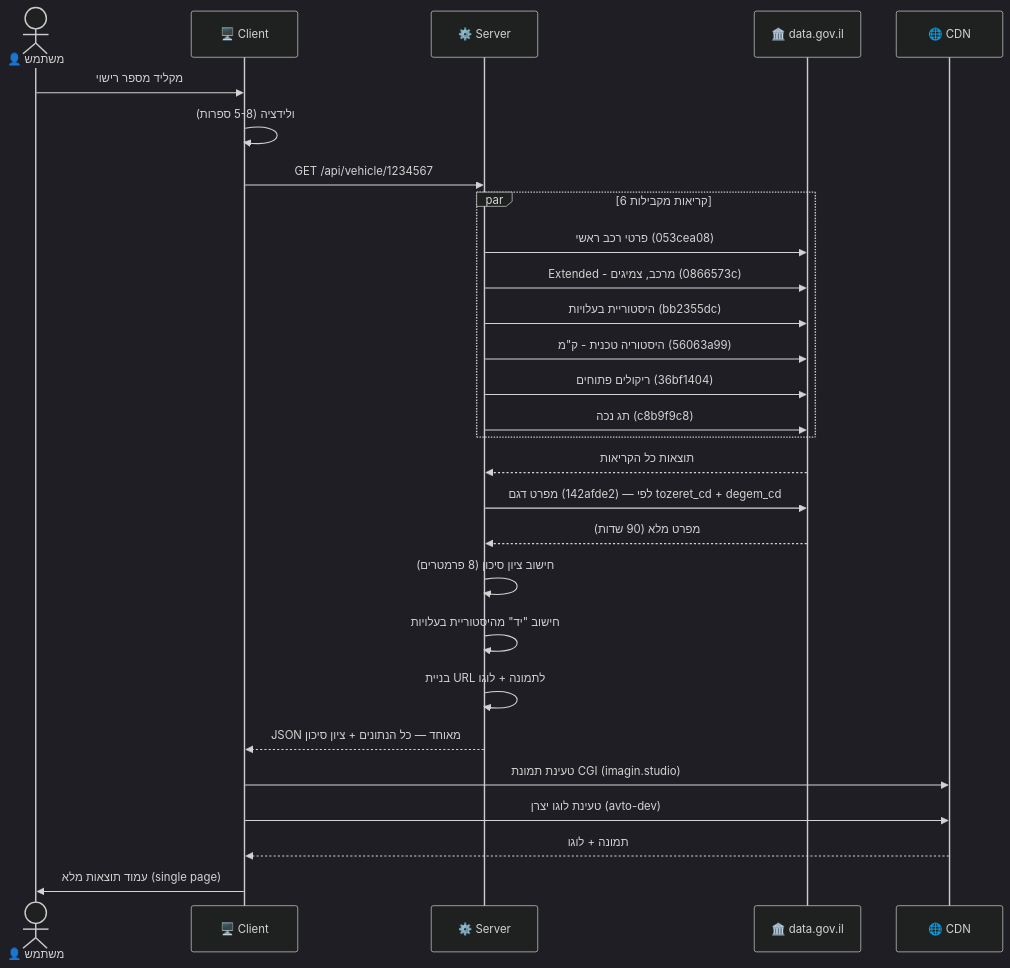
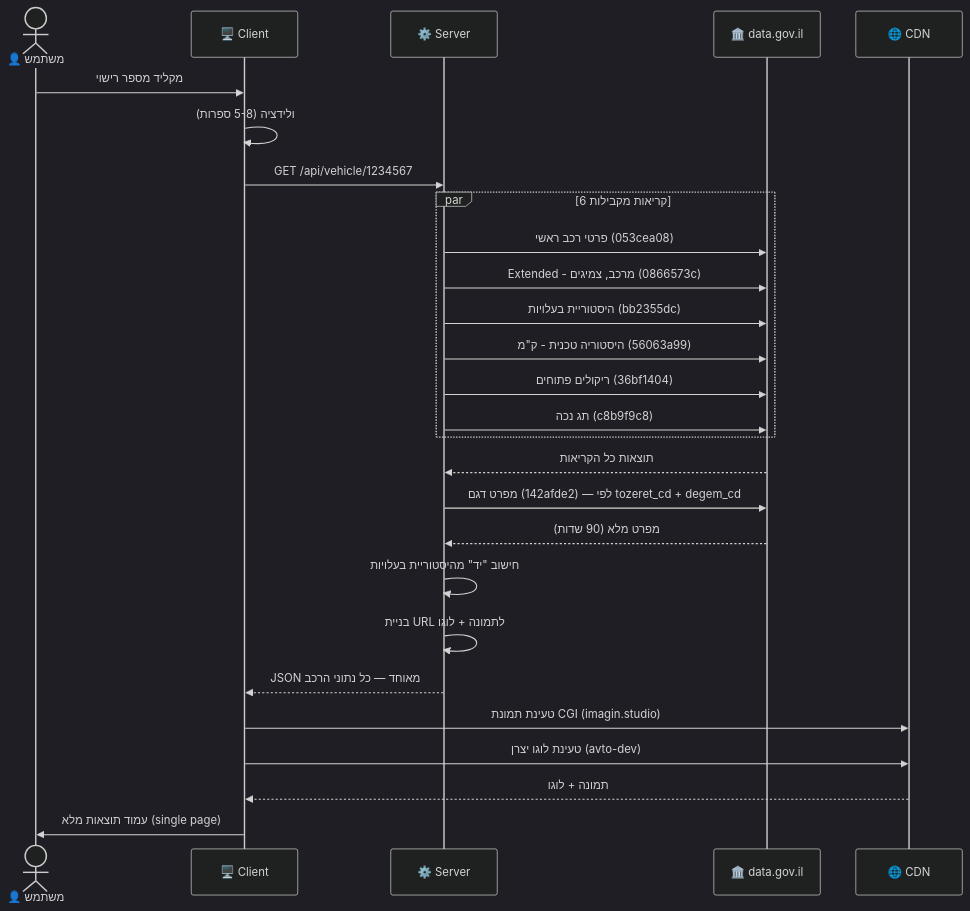
One commit to DaelShloush/MyCarPortal changed the second of 4 diagrams in docs/SYSTEM-DESIGN.md. Above: the diagram before and after it, drawn with Mermaid (dark theme). The commit also changed other lines of this file and 36 other files, not shown here.

````diff
--- a/docs/SYSTEM-DESIGN.md
+++ b/docs/SYSTEM-DESIGN.md
@@ -90,38 +86,37 @@
 ```mermaid
 sequenceDiagram
     actor User as 👤 משתמש
     participant Client as 🖥️ Client
     participant Server as ⚙️ Server
     participant DataGov as 🏛️ data.gov.il
     participant CDN as 🌐 CDN
 
     User->>Client: מקליד מספר רישוי
     Client->>Client: ולידציה (5-8 ספרות)
     Client->>Server: GET /api/vehicle/1234567
 
     par 6 קריאות מקבילות
         Server->>DataGov: פרטי רכב ראשי (053cea08)
         Server->>DataGov: Extended - מרכב, צמיגים (0866573c)
         Server->>DataGov: היסטוריית בעלויות (bb2355dc)
         Server->>DataGov: היסטוריה טכנית - ק"מ (56063a99)
         Server->>DataGov: ריקולים פתוחים (36bf1404)
         Server->>DataGov: תג נכה (c8b9f9c8)
     end
 
     DataGov-->>Server: תוצאות כל הקריאות
 
     Server->>DataGov: מפרט דגם (142afde2) — לפי tozeret_cd + degem_cd
     DataGov-->>Server: מפרט מלא (90 שדות)
 
-    Server->>Server: חישוב ציון סיכון (8 פרמטרים)
     Server->>Server: חישוב "יד" מהיסטוריית בעלויות
     Server->>Server: בניית URL לתמונה + לוגו
 
-    Server-->>Client: JSON מאוחד — כל הנתונים + ציון סיכון
+    Server-->>Client: JSON מאוחד — כל נתוני הרכב
 
     Client->>CDN: טעינת תמונת CGI (imagin.studio)
     Client->>CDN: טעינת לוגו יצרן (avto-dev)
     CDN-->>Client: תמונה + לוגו
 
     Client->>User: עמוד תוצאות מלא (single page)
 ```
````
